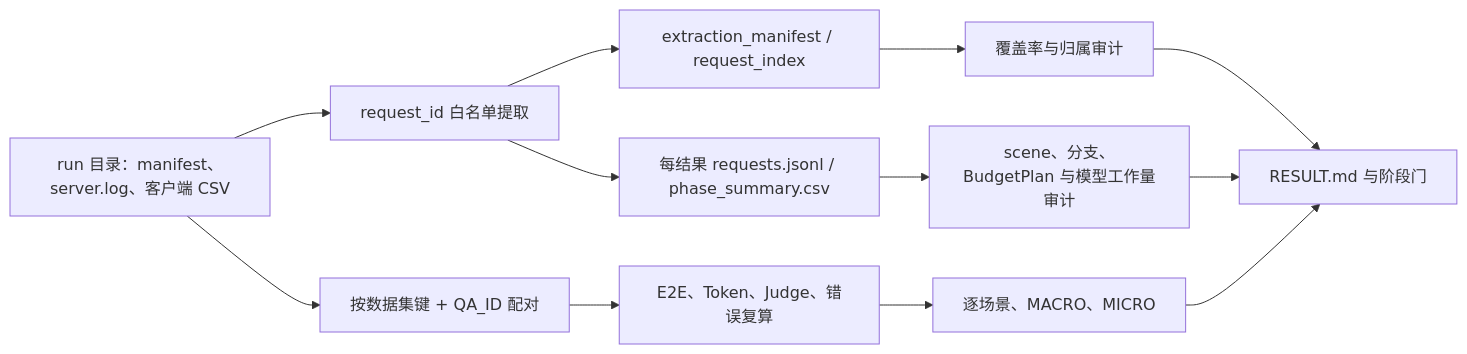
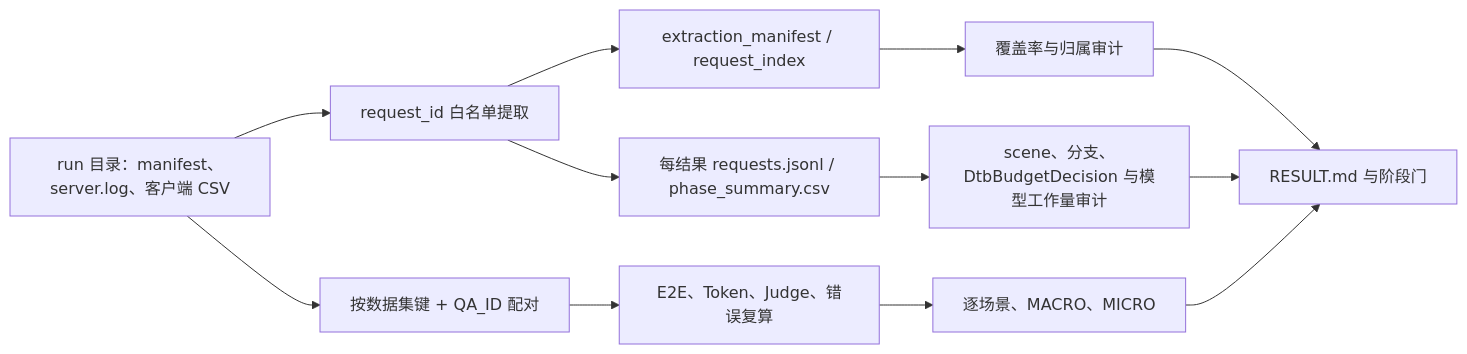
Before and after one commit to F00L42/TB: the second of 2 diagrams in docs/design/think_budget_generalization_plan.md, drawn with Mermaid. The commit also changed other lines of this file and 11 other files, not shown here.

````diff
--- a/docs/design/think_budget_generalization_plan.md
+++ b/docs/design/think_budget_generalization_plan.md
@@ -560,14 +614,14 @@
 ```mermaid
 flowchart LR
     A["run 目录：manifest、server.log、客户端 CSV"] --> B["request_id 白名单提取"]
     B --> C["extraction_manifest / request_index"]
     B --> D["每结果 requests.jsonl / phase_summary.csv"]
     A --> E["按数据集键 + QA_ID 配对"]
     E --> F["E2E、Token、Judge、错误复算"]
     C --> G["覆盖率与归属审计"]
-    D --> H["scene、分支、BudgetPlan 与模型工作量审计"]
+    D --> H["scene、分支、DtbBudgetDecision 与模型工作量审计"]
     F --> I["逐场景、MACRO、MICRO"]
     G --> J["RESULT.md 与阶段门"]
     H --> J
     I --> J
 ```
````
